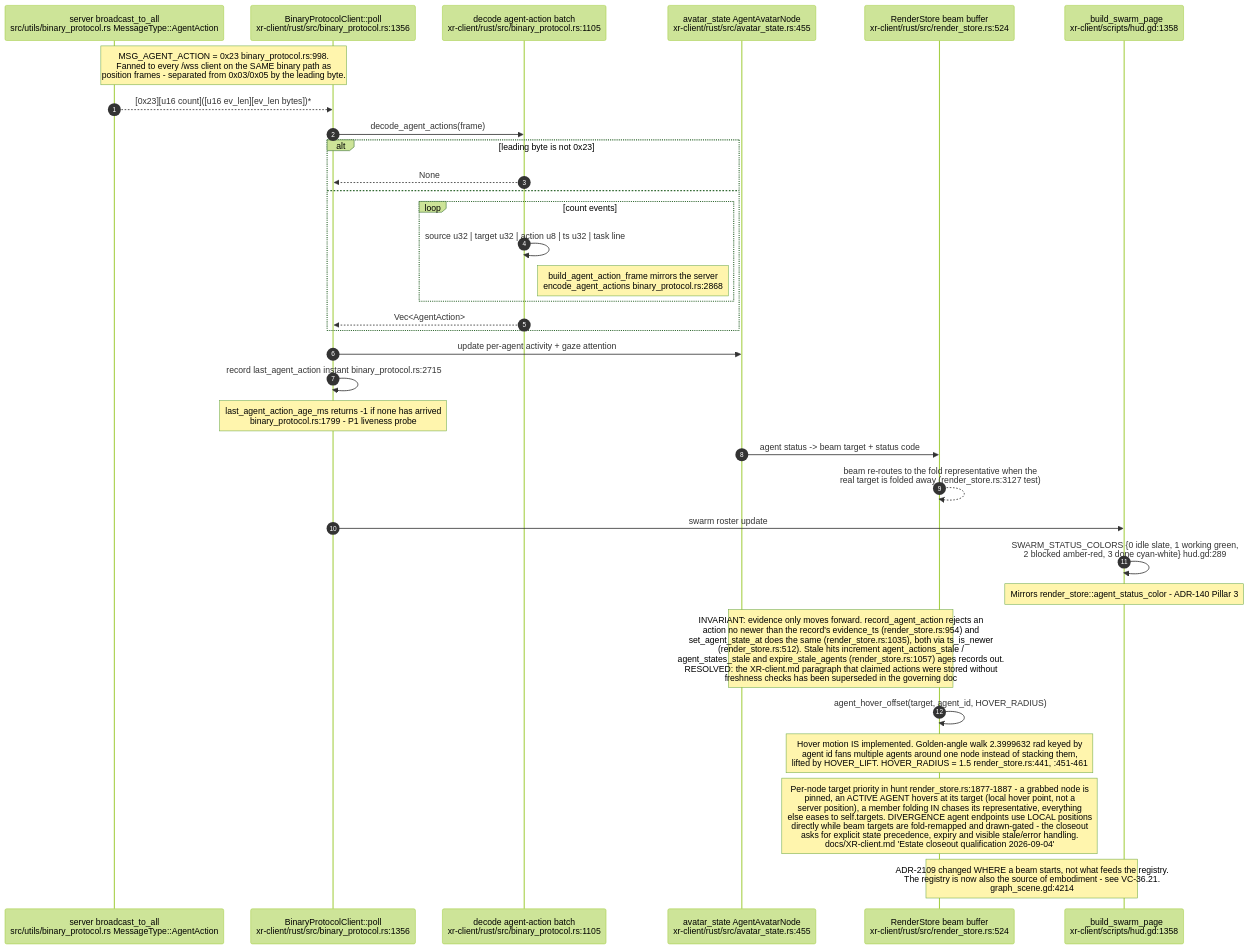
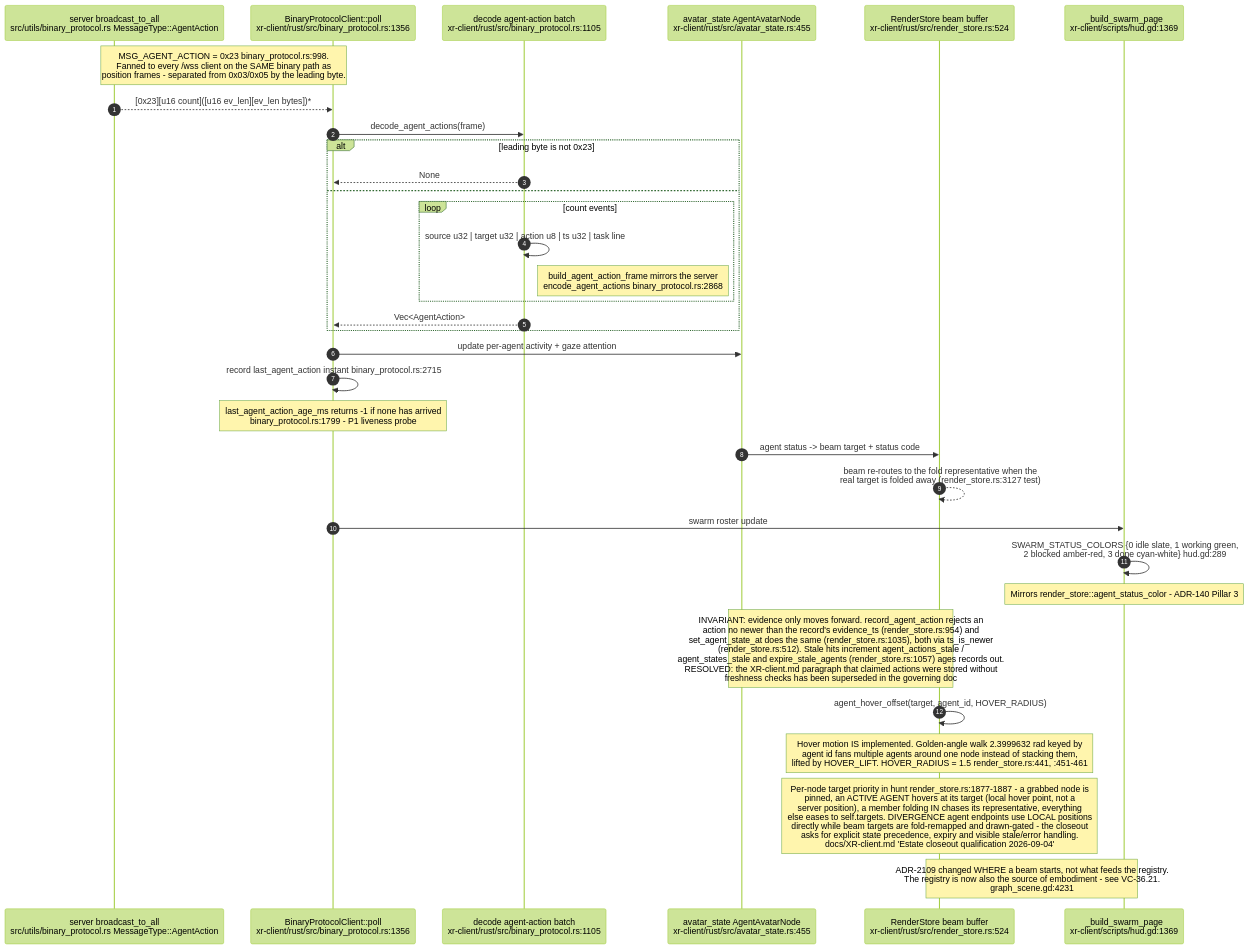
Before and after one commit to DreamLab-AI/VisionFlow: the ninth of 30 diagrams in docs/diagrams/visionclaw/36-godot-xr-client.md, drawn with Mermaid (forest theme). The commit also changed other lines of this file and 49 other files, not shown here.

First line of the commit message:
docs(diagrams): re-derive and re-stamp VisionClaw, estate, knowledge-graph, visionGraph, VisionFlow and sidestr topics

````diff
--- a/docs/diagrams/visionclaw/36-godot-xr-client.md
+++ b/docs/diagrams/visionclaw/36-godot-xr-client.md
@@ -556,36 +556,36 @@
 ```mermaid
 sequenceDiagram
     autonumber
     participant SV as server broadcast_to_all<br/>src/utils/binary_protocol.rs MessageType::AgentAction
     participant BP as BinaryProtocolClient::poll<br/>xr-client/rust/src/binary_protocol.rs:1356
     participant DA as decode agent-action batch<br/>xr-client/rust/src/binary_protocol.rs:1105
     participant AS as avatar_state AgentAvatarNode<br/>xr-client/rust/src/avatar_state.rs:455
     participant RS as RenderStore beam buffer<br/>xr-client/rust/src/render_store.rs:524
-    participant HD as _build_swarm_page<br/>xr-client/scripts/hud.gd:1358
+    participant HD as _build_swarm_page<br/>xr-client/scripts/hud.gd:1369
 
     Note over SV,BP: MSG_AGENT_ACTION = 0x23 binary_protocol.rs:998.<br/>Fanned to every /wss client on the SAME binary path as<br/>position frames - separated from 0x03/0x05 by the leading byte.
     SV-->>BP: [0x23][u16 count]([u16 ev_len][ev_len bytes])*
     BP->>DA: decode_agent_actions(frame)
     alt leading byte is not 0x23
         DA-->>BP: None
     else
         loop count events
             DA->>DA: source u32 | target u32 | action u8 | ts u32 | task line
             Note right of DA: build_agent_action_frame mirrors the server<br/>encode_agent_actions binary_protocol.rs:2868
         end
         DA-->>BP: Vec<AgentAction>
     end
     BP->>AS: update per-agent activity + gaze attention
     BP->>BP: record last_agent_action instant binary_protocol.rs:2715
     Note over BP: last_agent_action_age_ms returns -1 if none has arrived<br/>binary_protocol.rs:1799 - P1 liveness probe
     AS->>RS: agent status -> beam target + status code
     RS-->>RS: beam re-routes to the fold representative when the<br/>real target is folded away (render_store.rs:3127 test)
     BP->>HD: swarm roster update
     HD->>HD: SWARM_STATUS_COLORS {0 idle slate, 1 working green,<br/>2 blocked amber-red, 3 done cyan-white} hud.gd:289
     Note over HD: Mirrors render_store::agent_status_color - ADR-140 Pillar 3
     Note over AS,RS: INVARIANT: evidence only moves forward. record_agent_action rejects an<br/>action no newer than the record's evidence_ts (render_store.rs:954) and<br/>set_agent_state_at does the same (render_store.rs:1035), both via ts_is_newer<br/>(render_store.rs:512). Stale hits increment agent_actions_stale /<br/>agent_states_stale and expire_stale_agents (render_store.rs:1057) ages records out.<br/>RESOLVED: the XR-client.md paragraph that claimed actions were stored without<br/>freshness checks has been superseded in the governing doc
     RS->>RS: agent_hover_offset(target, agent_id, HOVER_RADIUS)
     Note over RS: Hover motion IS implemented. Golden-angle walk 2.3999632 rad keyed by<br/>agent id fans multiple agents around one node instead of stacking them,<br/>lifted by HOVER_LIFT. HOVER_RADIUS = 1.5 render_store.rs:441, :451-461
     Note over RS: Per-node target priority in hunt render_store.rs:1877-1887 - a grabbed node is<br/>pinned, an ACTIVE AGENT hovers at its target (local hover point, not a<br/>server position), a member folding IN chases its representative, everything<br/>else eases to self.targets. DIVERGENCE agent endpoints use LOCAL positions<br/>directly while beam targets are fold-remapped and drawn-gated - the closeout<br/>asks for explicit state precedence, expiry and visible stale/error handling.<br/>docs/XR-client.md 'Estate closeout qualification 2026-09-04'
-    Note over RS,HD: ADR-2109 changed WHERE a beam starts, not what feeds the registry.<br/>The registry is now also the source of embodiment - see VC-36.21.<br/>graph_scene.gd:4214
+    Note over RS,HD: ADR-2109 changed WHERE a beam starts, not what feeds the registry.<br/>The registry is now also the source of embodiment - see VC-36.21.<br/>graph_scene.gd:4231
 ```
````
